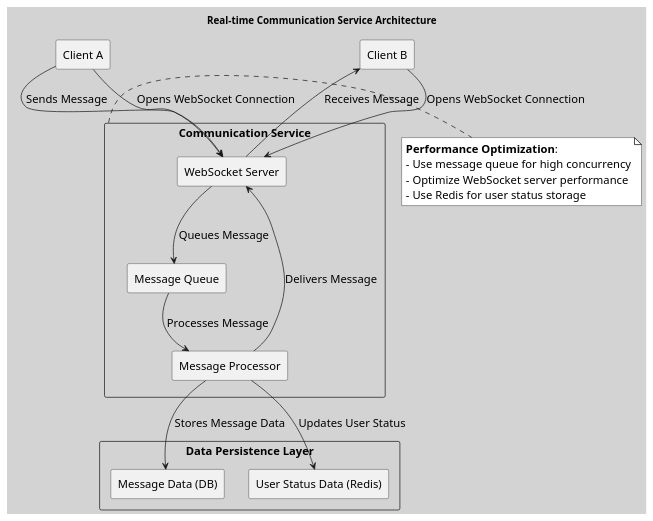
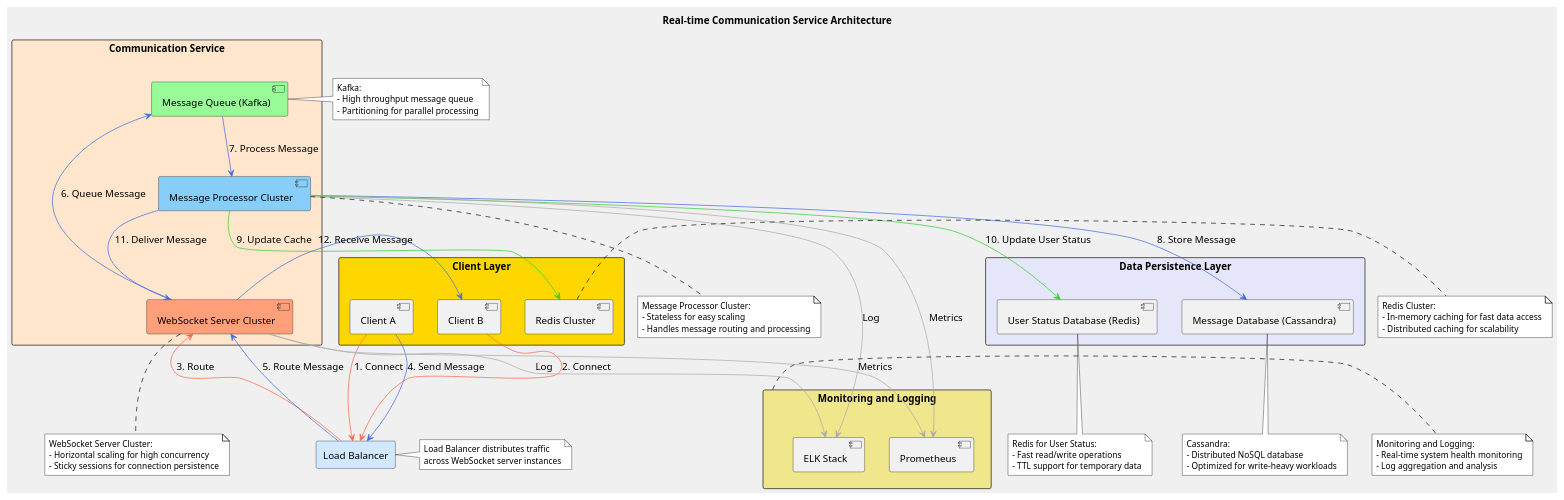
The diagram in twitter/twitter_realtime_communication_service.puml (huangyingw/system_design), drawn with PlantUML before and after one commit.

```diff
--- a/twitter/twitter_realtime_communication_service.puml
+++ b/twitter/twitter_realtime_communication_service.puml
@@ -1,46 +1,109 @@
 @startuml
 
-skinparam backgroundColor #D3D3D3
-skinparam defaultFontName "Arial"
-skinparam defaultFontSize 16
+!pragma layout dot
+skinparam backgroundColor #F0F0F0
+skinparam defaultFontName Arial
+skinparam defaultFontSize 14
 skinparam note {
     BackgroundColor #FFFFFF
     BorderColor #000000
-    FontSize 16
-    FontName "Arial"
+    FontSize 12
 }
+
+allowmixing
 
 title Real-time Communication Service Architecture
 
-rectangle "Client A" as ClientA
-rectangle "Client B" as ClientB
-
-rectangle "Communication Service" as CS {
-    rectangle "WebSocket Server" as WSS
-    rectangle "Message Queue" as MQ
-    rectangle "Message Processor" as MP
+rectangle "Client Layer" as CL #E6F3FF {
+    component "Client A" as ClientA
+    component "Client B" as ClientB
 }
 
-rectangle "Data Persistence Layer" as DPS {
-    rectangle "Message Data (DB)" as MD
-    rectangle "User Status Data (Redis)" as USD
+rectangle "Load Balancer" as LB #D1E8FF
+
+rectangle "Communication Service" as CS #FFE6CC {
+    component "WebSocket Server Cluster" as WSS #FFA07A
+    component "Message Queue (Kafka)" as MQ #98FB98
+    component "Message Processor Cluster" as MP #87CEFA
 }
 
-ClientA -down-> WSS : Opens WebSocket Connection
-ClientB -down-> WSS : Opens WebSocket Connection
-ClientA -right-> WSS : Sends Message
-WSS -down-> MQ : Queues Message
-MQ -down-> MP : Processes Message
-MP -down-> MD : Stores Message Data
-MP -down-> USD : Updates User Status
-MP -right-> WSS : Delivers Message
-WSS -right-> ClientB : Receives Message
+rectangle "Caching Layer" as CL #FFD700 {
+    component "Redis Cluster" as RC
+}
 
-note right of CS
-  **Performance Optimization**:
-  - Use message queue for high concurrency
-  - Optimize WebSocket server performance
-  - Use Redis for user status storage
+rectangle "Data Persistence Layer" as DPS #E6E6FA {
+    component "Message Database (Cassandra)" as MD
+    component "User Status Database (Redis)" as USD
+}
+
+rectangle "Monitoring and Logging" as ML #F0E68C {
+    component "ELK Stack" as ELK
+    component "Prometheus" as Prom
+}
+
+ClientA -[#FF6347]-> LB : "1. Connect"
+ClientB -[#FF6347]-> LB : "2. Connect"
+LB -[#FF6347]-> WSS : "3. Route"
+ClientA -[#4169E1]-> LB : "4. Send Message"
+LB -[#4169E1]-> WSS : "5. Route Message"
+WSS -[#4169E1]-> MQ : "6. Queue Message"
+MQ -[#4169E1]-> MP : "7. Process Message"
+MP -[#4169E1]-> MD : "8. Store Message"
+MP -[#32CD32]-> RC : "9. Update Cache"
+MP -[#32CD32]-> USD : "10. Update User Status"
+MP -[#4169E1]-> WSS : "11. Deliver Message"
+WSS -[#4169E1]-> ClientB : "12. Receive Message"
+
+WSS -[#A9A9A9]-> ELK : "Log"
+MP -[#A9A9A9]-> ELK : "Log"
+WSS -[#A9A9A9]-> Prom : "Metrics"
+MP -[#A9A9A9]-> Prom : "Metrics"
+
+note right of LB
+  Load Balancer distributes traffic
+  across WebSocket server instances
+end note
+
+note bottom of WSS
+  WebSocket Server Cluster:
+  - Horizontal scaling for high concurrency
+  - Sticky sessions for connection persistence
+end note
+
+note right of MQ
+  Kafka:
+  - High throughput message queue
+  - Partitioning for parallel processing
+end note
+
+note bottom of MP
+  Message Processor Cluster:
+  - Stateless for easy scaling
+  - Handles message routing and processing
+end note
+
+note right of RC
+  Redis Cluster:
+  - In-memory caching for fast data access
+  - Distributed caching for scalability
+end note
+
+note bottom of MD
+  Cassandra:
+  - Distributed NoSQL database
+  - Optimized for write-heavy workloads
+end note
+
+note bottom of USD
+  Redis for User Status:
+  - Fast read/write operations
+  - TTL support for temporary data
+end note
+
+note right of ML
+  Monitoring and Logging:
+  - Real-time system health monitoring
+  - Log aggregation and analysis
 end note
 
 @enduml
```
